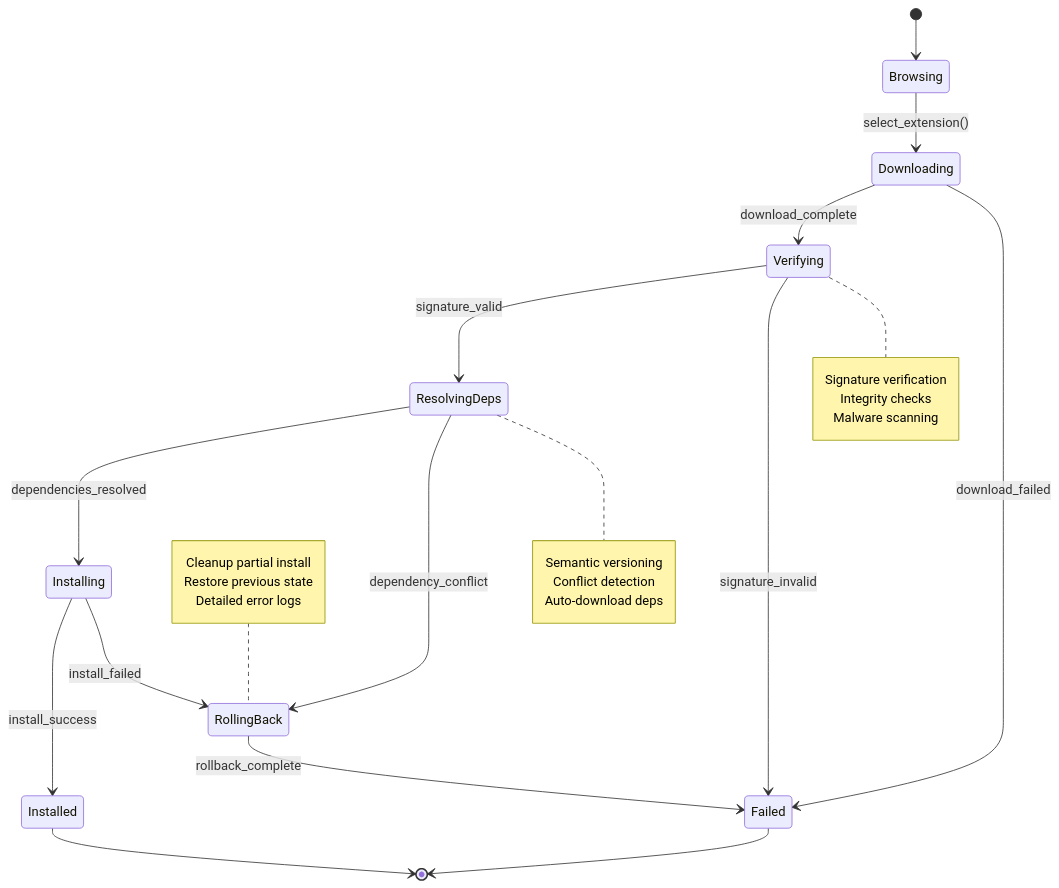
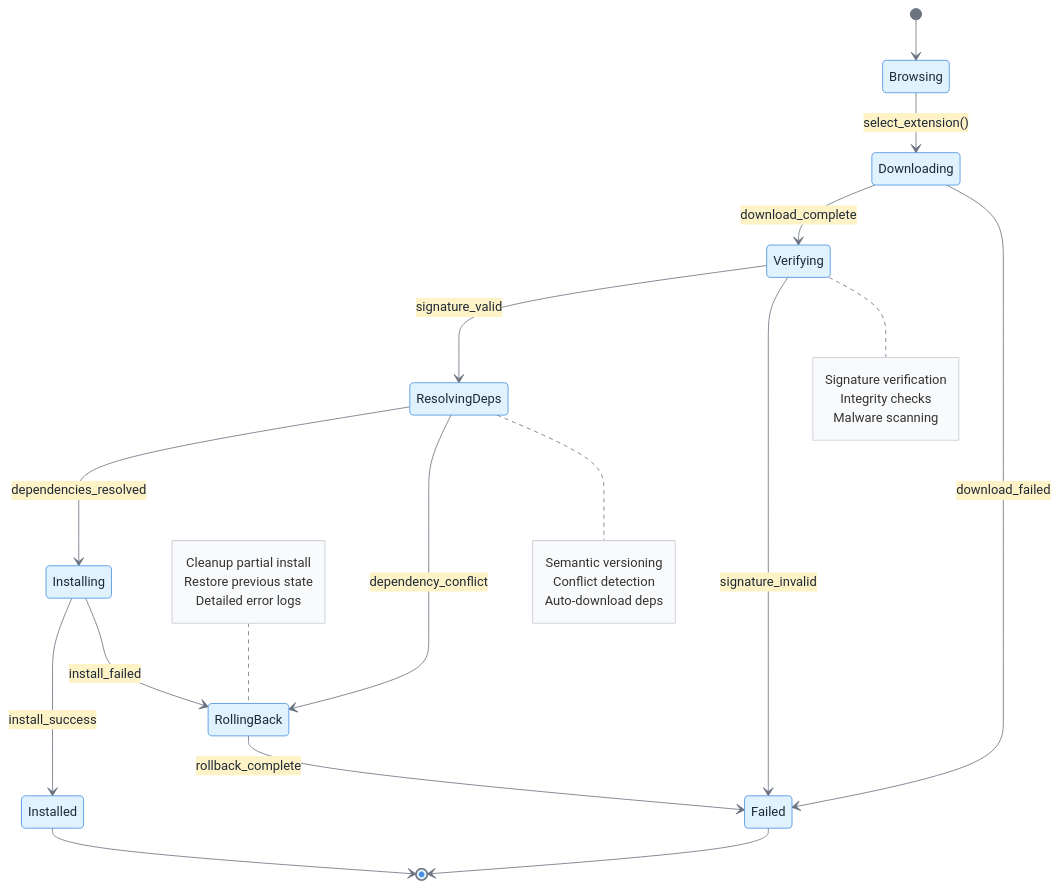
The eighth of 10 diagrams in STATE_DIAGRAM.md (Symphony-aide/Symphony), drawn with Mermaid before and after one commit. The commit also changed other lines of this file and 2 other files, not shown here.

````diff
--- a/STATE_DIAGRAM.md
+++ b/STATE_DIAGRAM.md
@@ -463,40 +470,41 @@
 ```mermaid
+%%{init: {'theme':'base', 'themeVariables': { 'primaryColor':'#e0f2fe', 'primaryTextColor':'#1f2937', 'primaryBorderColor':'#4a90e2', 'lineColor':'#6b7280', 'secondaryColor':'#fef3c7', 'tertiaryColor':'#f0f9ff', 'noteBkgColor':'#f9fafb', 'noteBorderColor':'#d1d5db'}}}%%
 stateDiagram-v2
     [*] --> Browsing
-    
-    Browsing --> Downloading: select_extension()
-    Downloading --> Verifying: download_complete
-    Downloading --> Failed: download_failed
-    
-    Verifying --> ResolvingDeps: signature_valid
-    Verifying --> Failed: signature_invalid
-    
-    ResolvingDeps --> Installing: dependencies_resolved
-    ResolvingDeps --> RollingBack: dependency_conflict
-    
-    Installing --> Installed: install_success
-    Installing --> RollingBack: install_failed
-    
-    RollingBack --> Failed: rollback_complete
-    
+
+    Browsing --> Downloading : select_extension()
+    Downloading --> Verifying : download_complete
+    Downloading --> Failed : download_failed
+
+    Verifying --> ResolvingDeps : signature_valid
+    Verifying --> Failed : signature_invalid
+
+    ResolvingDeps --> Installing : dependencies_resolved
+    ResolvingDeps --> RollingBack : dependency_conflict
+
+    Installing --> Installed : install_success
+    Installing --> RollingBack : install_failed
+
+    RollingBack --> Failed : rollback_complete
+
     Installed --> [*]
     Failed --> [*]
     
     note right of Verifying
         Signature verification
         Integrity checks
         Malware scanning
     end note
     
     note right of ResolvingDeps
         Semantic versioning
         Conflict detection
         Auto-download deps
     end note
     
     note left of RollingBack
         Cleanup partial install
         Restore previous state
         Detailed error logs
     end note
 ```
````
